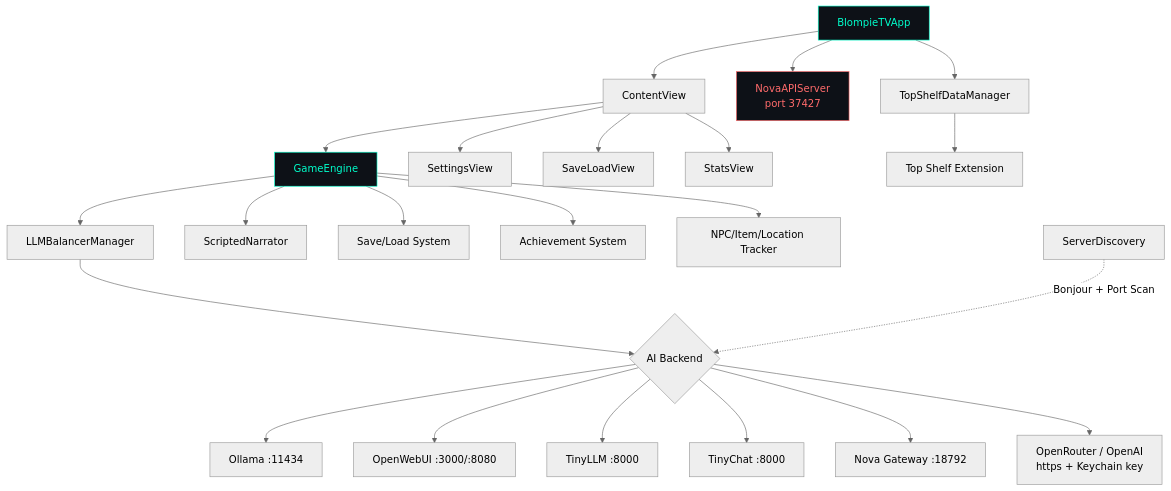
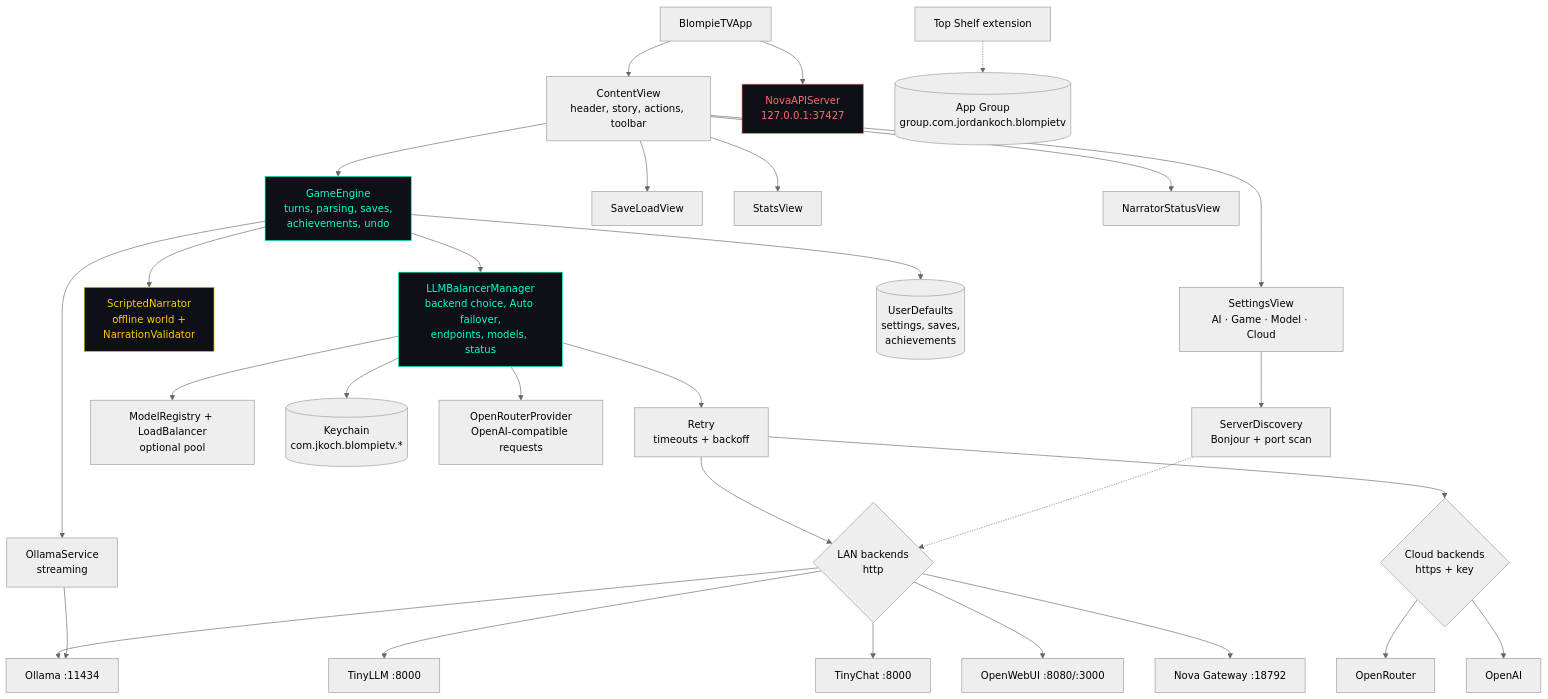
The first of 3 diagrams in README.md (kochj23/BlompieTV), drawn with Mermaid (neutral theme) before and after one commit. The commit also changed other lines of this file and 12 other files, not shown here.

First line of the commit message:
release: BlompieTV 1.1.0 (2) - Keychain rename, zero-warning Release, README rewrite

````diff
--- a/README.md
+++ b/README.md
@@ -17,28 +85,40 @@
 ```mermaid
 graph TD
-    A[BlompieTVApp] --> B[ContentView]
-    A --> N[NovaAPIServer<br/>port 37427]
-    B --> C[GameEngine]
-    B --> D[SettingsView]
-    B --> E[SaveLoadView]
-    B --> F[StatsView]
-    C --> G[LLMBalancerManager]
-    C --> X[ScriptedNarrator]
-    C --> H[Save/Load System]
-    C --> I[Achievement System]
-    C --> J[NPC/Item/Location Tracker]
-    G --> K{AI Backend}
-    K --> L[Ollama :11434]
-    K --> M[OpenWebUI :3000/:8080]
-    K --> O[TinyLLM :8000]
-    K --> P[TinyChat :8000]
-    K --> NG[Nova Gateway :18792]
-    K --> OR[OpenRouter / OpenAI<br/>https + Keychain key]
-    A --> Q[TopShelfDataManager]
-    Q --> R[Top Shelf Extension]
-    T[ServerDiscovery] -.->|Bonjour + Port Scan| K
+    App[BlompieTVApp] --> CV[ContentView<br/>header, story, actions, toolbar]
+    App --> API[NovaAPIServer<br/>127.0.0.1:37427]
+    CV --> GE[GameEngine<br/>turns, parsing, saves,<br/>achievements, undo]
+    CV --> SV[SettingsView<br/>AI · Game · Model · Cloud]
+    CV --> SL[SaveLoadView]
+    CV --> ST[StatsView]
+    CV --> NS[NarratorStatusView]
 
-    style A fill:#0d1117,stroke:#00ffcc,color:#00ffcc
-    style C fill:#0d1117,stroke:#00ffcc,color:#00ffcc
-    style N fill:#0d1117,stroke:#ff6b6b,color:#ff6b6b
+    GE --> SN[ScriptedNarrator<br/>offline world +<br/>NarrationValidator]
+    GE --> M[LLMBalancerManager<br/>backend choice, Auto failover,<br/>endpoints, models, status]
+    GE --> OS[OllamaService<br/>streaming]
+    GE --> UD[(UserDefaults<br/>settings, saves,<br/>achievements)]
+
+    M --> R[Retry<br/>timeouts + backoff]
+    M --> LB[ModelRegistry + LoadBalancer<br/>optional pool]
+    M --> KC[(Keychain<br/>com.jkoch.blompietv.*)]
+    M --> ORP[OpenRouterProvider<br/>OpenAI-compatible requests]
+
+    R --> Local{LAN backends<br/>http}
+    Local --> Ollama[Ollama :11434]
+    Local --> TL[TinyLLM :8000]
+    Local --> TC[TinyChat :8000]
+    Local --> OW[OpenWebUI :8080/:3000]
+    Local --> NG[Nova Gateway :18792]
+    R --> Cloud{Cloud backends<br/>https + key}
+    Cloud --> OR[OpenRouter]
+    Cloud --> OA[OpenAI]
+    OS --> Ollama
+
+    SV --> SD[ServerDiscovery<br/>Bonjour + port scan]
+    SD -.-> Local
+    TS[Top Shelf extension] -.-> AG[(App Group<br/>group.com.jordankoch.blompietv)]
+
+    style GE fill:#0d1117,stroke:#00ffcc,color:#00ffcc
+    style M fill:#0d1117,stroke:#00ffcc,color:#00ffcc
+    style SN fill:#0d1117,stroke:#ffcc00,color:#ffcc00
+    style API fill:#0d1117,stroke:#ff6b6b,color:#ff6b6b
 ```
````
